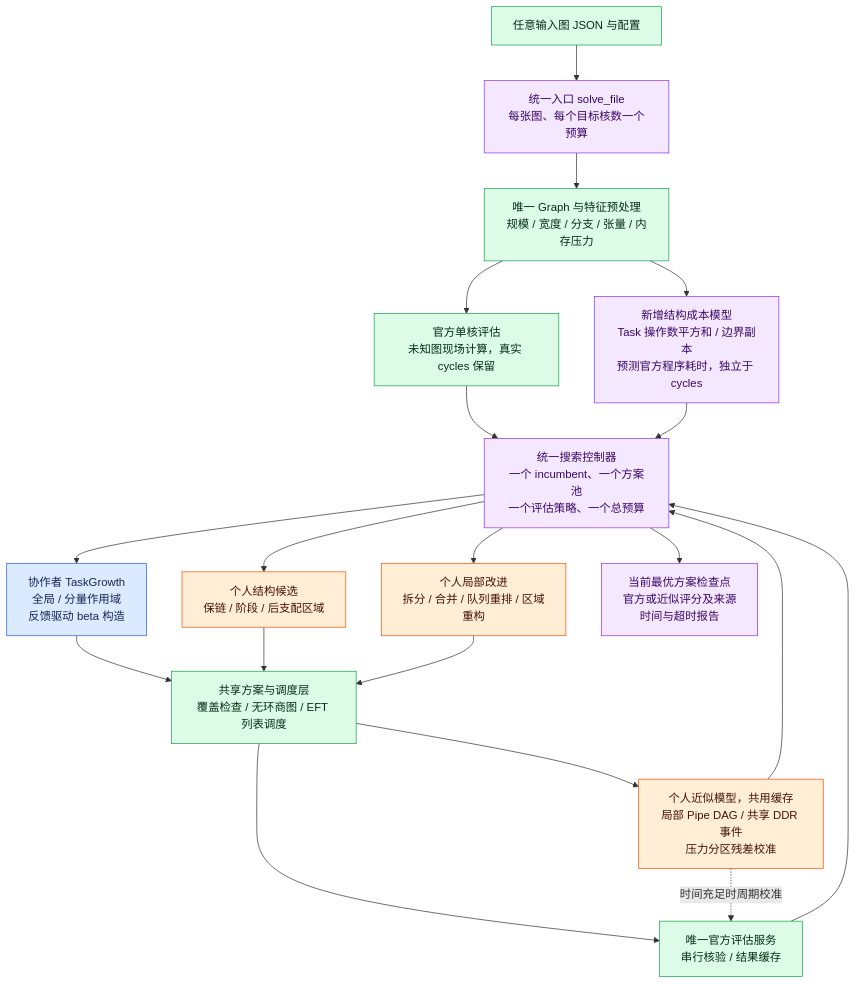
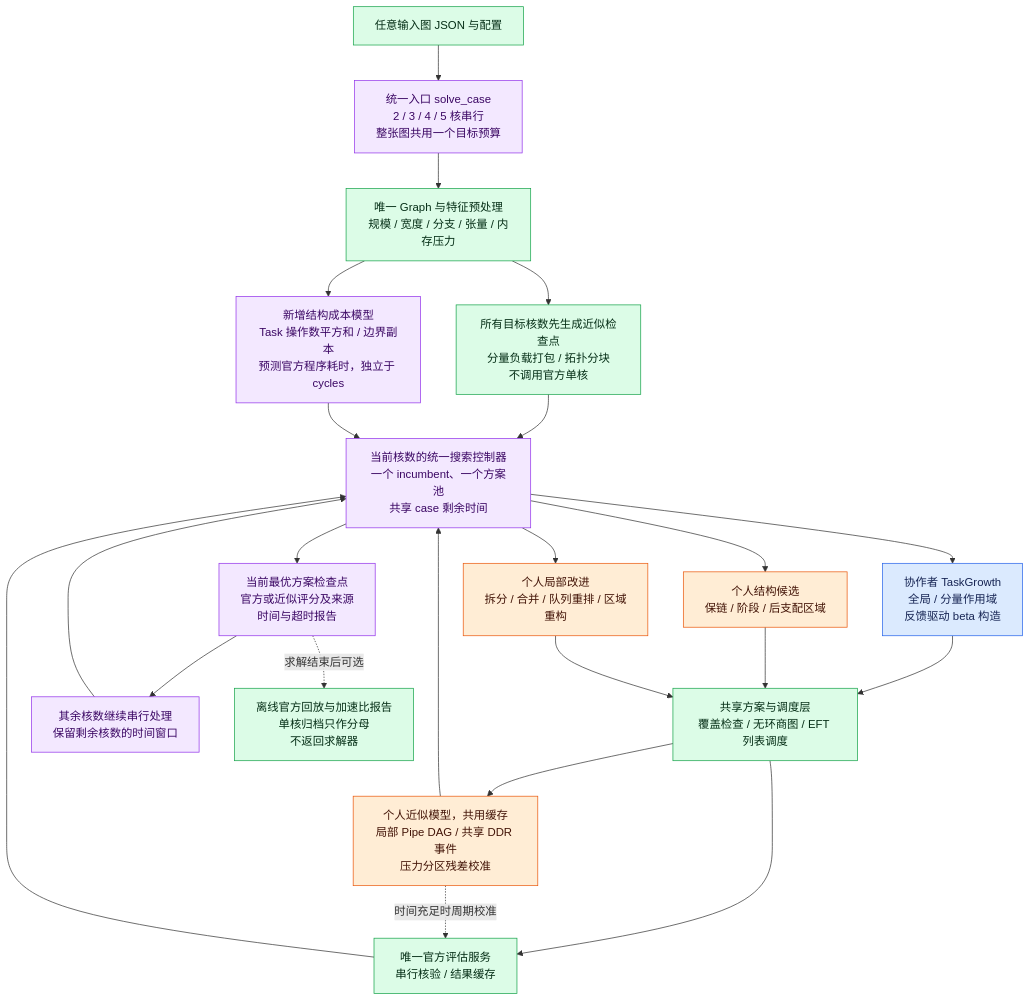
Before and after one commit to Kk111777/HuaweiCup2026A: the diagram in docs/q1/unified.md, drawn with Mermaid. The commit also changed other lines of this file and 52 other files, not shown here.

````diff
--- a/docs/q1/unified.md
+++ b/docs/q1/unified.md
@@ -45,25 +43,28 @@
 ```mermaid
 flowchart TB
-    IN[任意输入图 JSON 与配置]:::shared --> API[统一入口 solve_file<br/>每张图、每个目标核数一个预算]:::control
+    IN[任意输入图 JSON 与配置]:::shared --> API[统一入口 solve_case<br/>2 / 3 / 4 / 5 核串行<br/>整张图共用一个目标预算]:::control
     API --> MODEL[唯一 Graph 与特征预处理<br/>规模 / 宽度 / 分支 / 张量 / 内存压力]:::shared
-    MODEL --> BASELINE[官方单核评估<br/>未知图现场计算，真实 cycles 保留]:::shared
-    BASELINE --> CONTROL[统一搜索控制器<br/>一个 incumbent、一个方案池<br/>一个评估策略、一个总预算]:::control
+    MODEL --> SEED[所有目标核数先生成近似检查点<br/>分量负载打包 / 拓扑分块<br/>不调用官方单核]:::shared
+    SEED --> CONTROL[当前核数的统一搜索控制器<br/>一个 incumbent、一个方案池<br/>共享 case 剩余时间]:::control
     CONTROL --> GROW[协作者 TaskGrowth<br/>全局 / 分量作用域<br/>反馈驱动 beta 构造]:::base
     CONTROL --> STRUCT[个人结构候选<br/>保链 / 阶段 / 后支配区域]:::personal
     CONTROL --> LOCAL[个人局部改进<br/>拆分 / 合并 / 队列重排 / 区域重构]:::personal
     GROW --> PLAN[共享方案与调度层<br/>覆盖检查 / 无环商图 / EFT 列表调度]:::shared
     STRUCT --> PLAN
     LOCAL --> PLAN
     PLAN --> FILTER[个人近似模型，共用缓存<br/>局部 Pipe DAG / 共享 DDR 事件<br/>压力分区残差校准]:::personal
     MODEL --> COST[新增结构成本模型<br/>Task 操作数平方和 / 边界副本<br/>预测官方程序耗时，独立于 cycles]:::control
     COST --> CONTROL
     PLAN --> EVAL[唯一官方评估服务<br/>串行核验 / 结果缓存]:::shared
     FILTER --> CONTROL
     FILTER -. 时间充足时周期校准 .-> EVAL
     EVAL --> CONTROL
     CONTROL --> OUT[当前最优方案检查点<br/>官方或近似评分及来源<br/>时间与超时报告]:::control
+    OUT --> NEXT[其余核数继续串行处理<br/>保留剩余核数的时间窗口]:::control
+    NEXT --> CONTROL
+    OUT -. 求解结束后可选 .-> REPORT[离线官方回放与加速比报告<br/>单核归档只作分母<br/>不返回求解器]:::shared
     classDef base fill:#dbeafe,stroke:#2563eb,color:#172554
     classDef personal fill:#ffedd5,stroke:#ea580c,color:#431407
     classDef shared fill:#dcfce7,stroke:#16a34a,color:#052e16
     classDef control fill:#f3e8ff,stroke:#9333ea,color:#3b0764
 ```
````
